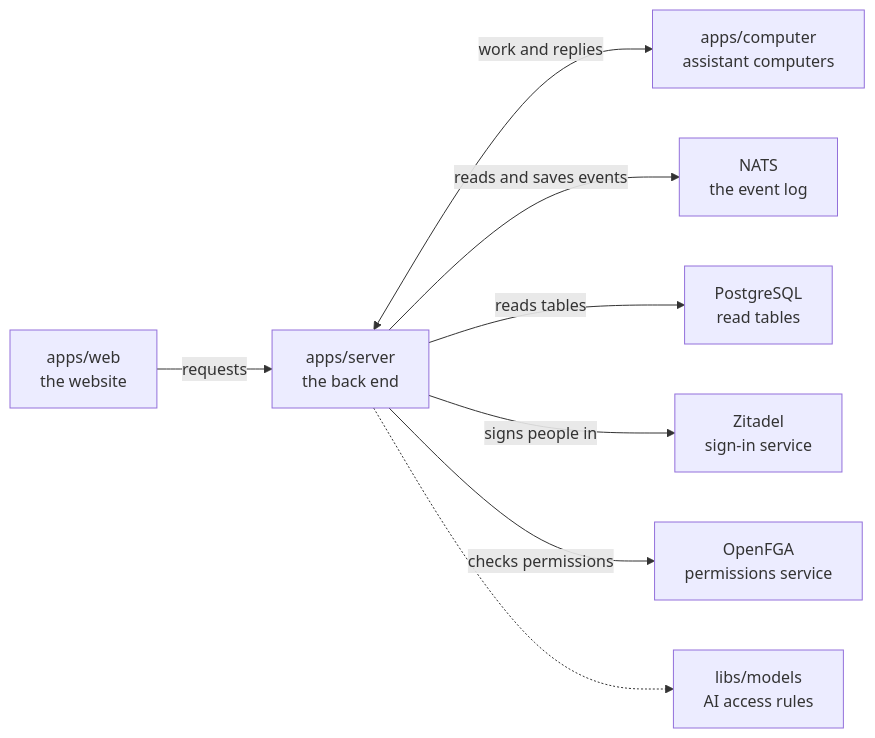
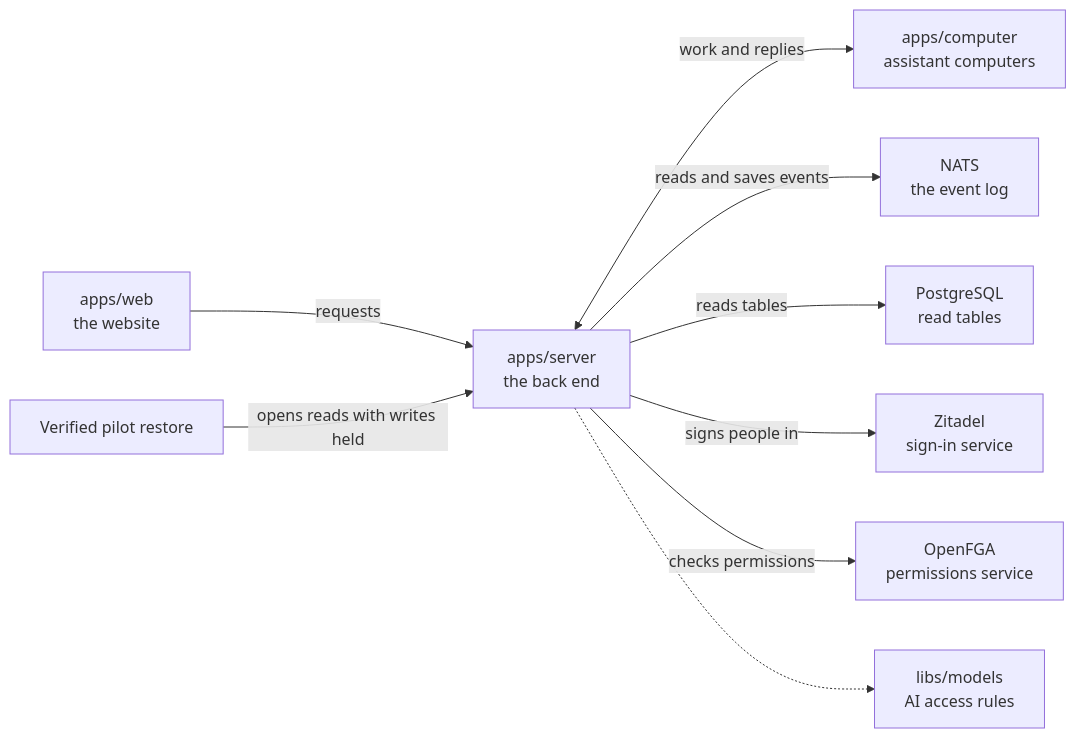
One commit to elewa-git/opencrane-new changed the diagram in apps/server/README.md. Above: the diagram before and after it, drawn with Mermaid. The commit also changed other lines of this file and 280 other files, not shown here.

First line of the commit message:
Restore a pilot backup into an empty installation (#1153)

````diff
--- a/apps/server/README.md
+++ b/apps/server/README.md
@@ -19,10 +19,11 @@
 ```mermaid
 flowchart LR
   web["apps/web<br/>the website"] -->|requests| server["apps/server<br/>the back end"]
   server <-->|work and replies| computer["apps/computer<br/>assistant computers"]
   server -->|reads and saves events| nats["NATS<br/>the event log"]
   server -->|reads tables| postgres["PostgreSQL<br/>read tables"]
   server -->|signs people in| zitadel["Zitadel<br/>sign-in service"]
   server -->|checks permissions| openfga["OpenFGA<br/>permissions service"]
+  restore["Verified pilot restore"] -->|opens reads with writes held| server
   server -.-> models["libs/models<br/>AI access rules"]
 ```
````
